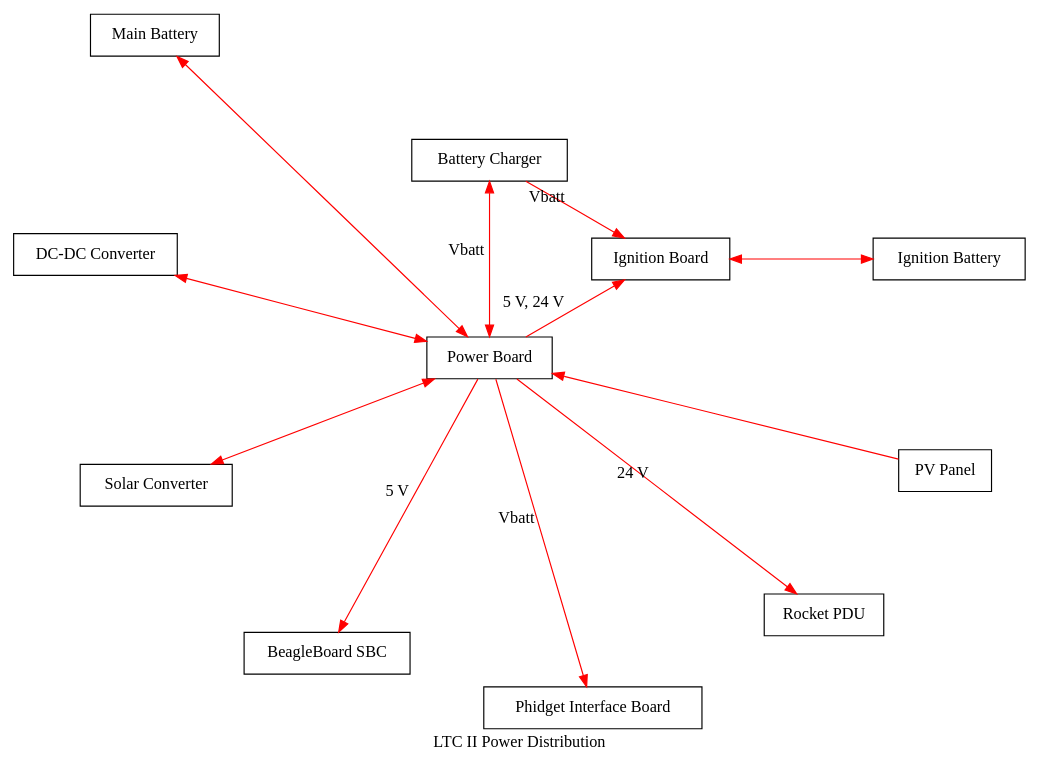
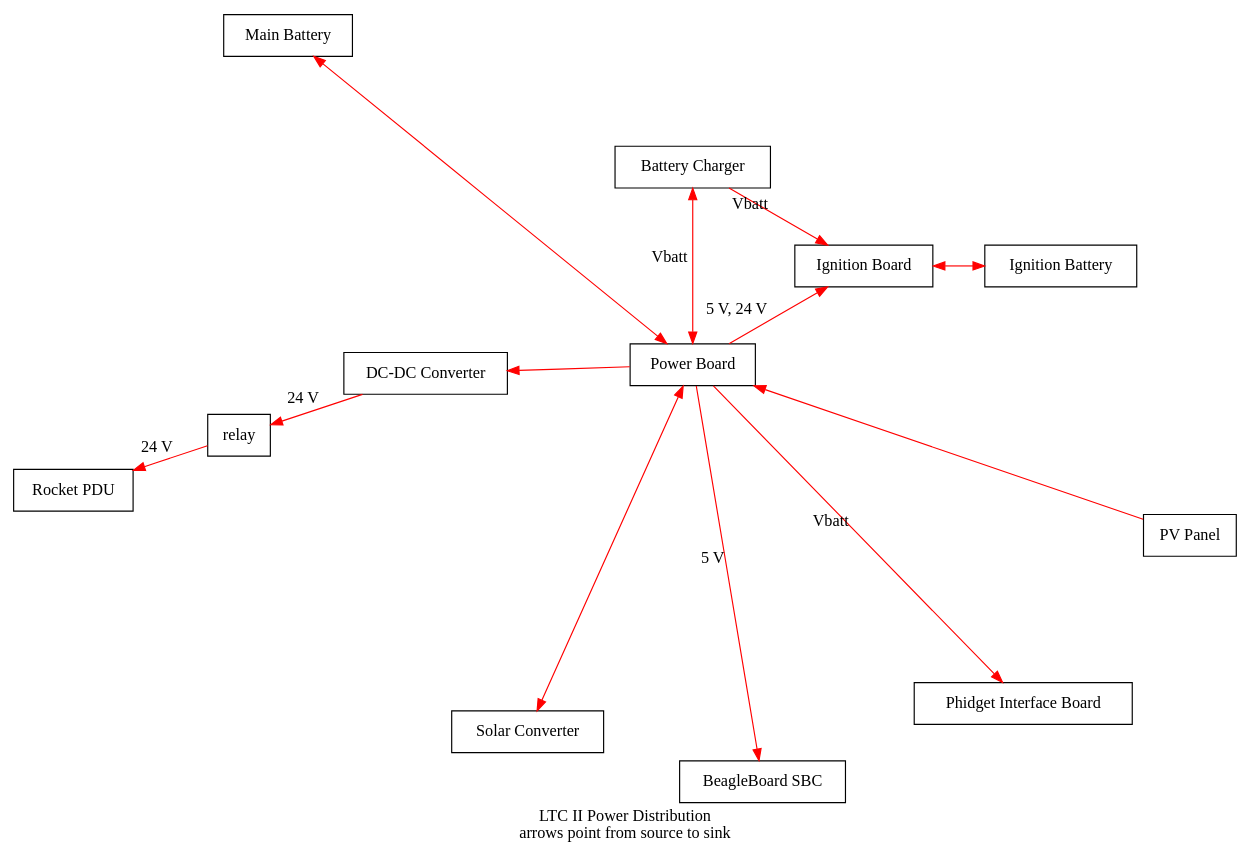
The diagram in ltc3/doc/ltc2_review/LTC2_Power_Distribution.dot (psas/launch-tower), drawn with Graphviz before and after one commit. The commit also changed 6 other files, not shown here.

Commit message:
Exported LTC2 Eagle schematics to PNG. Miscellaneous minor LTC3 doc updates.

```diff
--- a/ltc3/doc/ltc2_review/LTC2_Power_Distribution.dot
+++ b/ltc3/doc/ltc2_review/LTC2_Power_Distribution.dot
@@ -1,87 +1,88 @@
 graph LTC2_Power {
 
-  label = "LTC II Power Distribution"
+  label = "LTC II Power Distribution\narrows point from source to sink"
   layout = circo
 //overlap = false
   node [shape = record];
   edge [color = red
-        dir = none];
+        dir = forward];
 
 
 // Nodes
 //
 
 power_board [label = "Power Board"];
 
 subgraph cluster_sources {
   label = "Sources";
   style = dotted;
   color = grey;
 
   pv_panel [label = "PV Panel"];
   battery_main [label = "Main Battery"];
   battery_ignition [label = "Ignition Battery"];
 }
 
 subgraph cluster_conditioners {
   label = "Conditioners";
   style = dotted;
   color = grey;
 
   battery_charger [label = "Battery Charger"];
   dcdc_converter [label = "DC-DC Converter"];
   solar_converter [label = "Solar Converter"];
 }
 
 subgraph cluster_sinks {
   label = "Sinks";
   style = dotted;
   color = grey;
 
   computer [label = "BeagleBoard SBC"];
   ignition_board [label = "Ignition Board"];
   board_phidget_interface [label ="Phidget Interface Board"]
   rocket_pdu [label = "Rocket PDU"];
 }
 
 
 // Connections
 //
 
 
 pv_panel -- power_board
-  [dir = forward];
 
 power_board -- battery_main
   [dir = both];
 
 power_board -- solar_converter
   [dir = both];
 
 power_board -- battery_charger
   [dir = both label = "Vbatt"];
 
 battery_charger -- ignition_board
-  [dir = forward label = "Vbatt"];
+  [label = "Vbatt"];
 
 power_board -- dcdc_converter
-  [dir = both];
 
 
 power_board -- computer
-  [dir = forward label = "5 V"];
+  [label = "5 V"];
 
 power_board -- board_phidget_interface
-  [dir = forward label = "Vbatt"];
+  [label = "Vbatt"];
 
 power_board -- ignition_board
-  [dir = forward label = "5 V, 24 V"];
+  [label = "5 V, 24 V"];
 
-power_board -- rocket_pdu
-  [dir = forward label = "24 V"];
+dcdc_converter -- relay
+  [label = "24 V"];
+
+relay -- rocket_pdu
+  [label = "24 V"];
 
 
 ignition_board -- battery_ignition
   [dir = both];
 
 }
```
